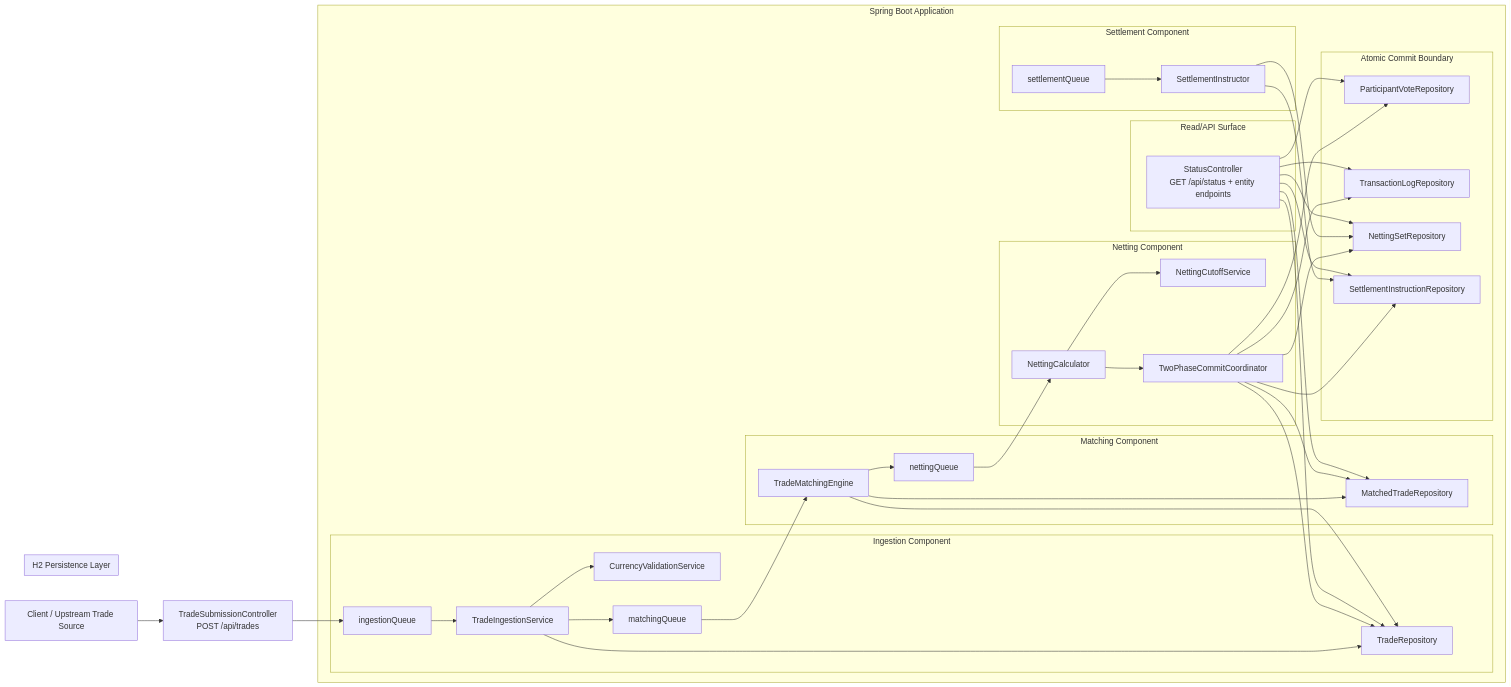
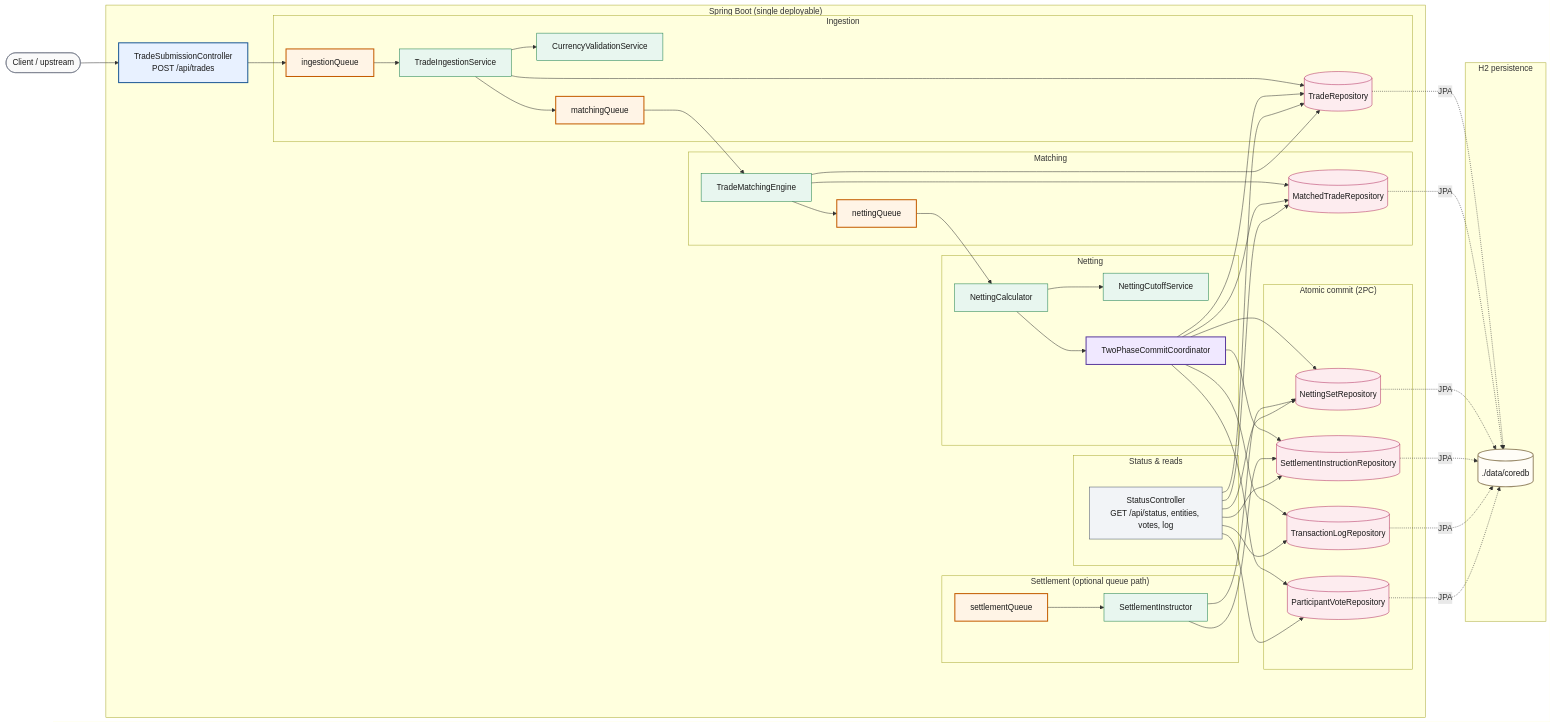
Before and after one commit to usharma123/CIT: the diagram in README.md, drawn with Mermaid.

````diff
--- a/README.md
+++ b/README.md
@@ -21,60 +21,68 @@
 ```mermaid
 flowchart LR
-    Client["Client / Upstream Trade Source"] --> API["TradeSubmissionController\nPOST /api/trades"]
-    API --> IQ["ingestionQueue"]
+    classDef queue fill:#fff4e6,stroke:#c45c00,stroke-width:2px,color:#1a1a1a
+    classDef service fill:#e8f6ef,stroke:#1b7f4a,stroke-width:1px,color:#1a1a1a
+    classDef repo fill:#fdecef,stroke:#b12a5c,stroke-width:1px,color:#1a1a1a
+    classDef api fill:#e8f1ff,stroke:#1e5a96,stroke-width:2px,color:#1a1a1a
+    classDef coord fill:#f0e8ff,stroke:#5c3d9e,stroke-width:2px,color:#1a1a1a
+    classDef read fill:#f2f4f7,stroke:#4a5568,stroke-width:1px,color:#1a1a1a
+    classDef external fill:#fafafa,stroke:#6b7280,stroke-width:1px,color:#1a1a1a
+    classDef storage fill:#fffdf7,stroke:#9a8b6a,stroke-width:2px,color:#1a1a1a
 
-    subgraph App["Spring Boot Application"]
-        subgraph Ingestion["Ingestion Component"]
-            IQ --> TIS["TradeIngestionService"]
-            TIS --> CVS["CurrencyValidationService"]
-            TIS --> TR["TradeRepository"]
-            TIS --> MQ["matchingQueue"]
+    Client([Client / upstream]):::external --> API["TradeSubmissionController<br/>POST /api/trades"]:::api
+
+    subgraph APP["Spring Boot (single deployable)"]
+        API --> IQ[ingestionQueue]:::queue
+
+        subgraph ING["Ingestion"]
+            IQ --> TIS[TradeIngestionService]:::service
+            TIS --> CVS[CurrencyValidationService]:::service
+            TIS --> TR[(TradeRepository)]:::repo
+            TIS --> MQ[matchingQueue]:::queue
         end
 
-        subgraph Matching["Matching Component"]
-            MQ --> TME["TradeMatchingEngine"]
-            TME --> MTR["MatchedTradeRepository"]
+        subgraph MAT["Matching"]
+            MQ --> TME[TradeMatchingEngine]:::service
+            TME --> MTR[(MatchedTradeRepository)]:::repo
             TME --> TR
-            TME --> NQ["nettingQueue"]
+            TME --> NQ[nettingQueue]:::queue
         end
 
-        subgraph Netting["Netting Component"]
-            NQ --> NC["NettingCalculator"]
-            NC --> NCS["NettingCutoffService"]
-            NC --> TPC["TwoPhaseCommitCoordinator"]
+        subgraph NET["Netting"]
+            NQ --> NC[NettingCalculator]:::service
+            NC --> NCS[NettingCutoffService]:::service
+            NC --> TPC[TwoPhaseCommitCoordinator]:::coord
         end
 
-        subgraph Commit["Atomic Commit Boundary"]
-            TPC --> TVR["ParticipantVoteRepository"]
-            TPC --> TLR["TransactionLogRepository"]
-            TPC --> NSR["NettingSetRepository"]
-            TPC --> SIR["SettlementInstructionRepository"]
+        subgraph COMMIT["Atomic commit (2PC)"]
+            TPC --> TVR[(ParticipantVoteRepository)]:::repo
+            TPC --> TLR[(TransactionLogRepository)]:::repo
+            TPC --> NSR[(NettingSetRepository)]:::repo
+            TPC --> SIR[(SettlementInstructionRepository)]:::repo
             TPC --> MTR
             TPC --> TR
         end
 
-        subgraph Settlement["Settlement Component"]
-            SQ["settlementQueue"] --> SI["SettlementInstructor"]
+        subgraph SET["Settlement (optional queue path)"]
+            SQ[settlementQueue]:::queue --> SI[SettlementInstructor]:::service
             SI --> NSR
             SI --> SIR
         end
 
-        subgraph Observability["Read/API Surface"]
-            SC["StatusController\nGET /api/status + entity endpoints"] --> TR
+        subgraph OBS["Status & reads"]
+            SC["StatusController<br/>GET /api/status, entities, votes, log"]:::read
+            SC --> TR
             SC --> MTR
             SC --> NSR
             SC --> SIR
             SC --> TLR
             SC --> TVR
         end
     end
 
-    subgraph DB["H2 Persistence Layer"]
-        TR
-        MTR
-        NSR
-        SIR
-        TLR
-        TVR
+    subgraph H2L["H2 persistence"]
+        H2[(./data/coredb)]:::storage
     end
+
+    TR & MTR & NSR & SIR & TLR & TVR -.->|JPA| H2
 ```
````
